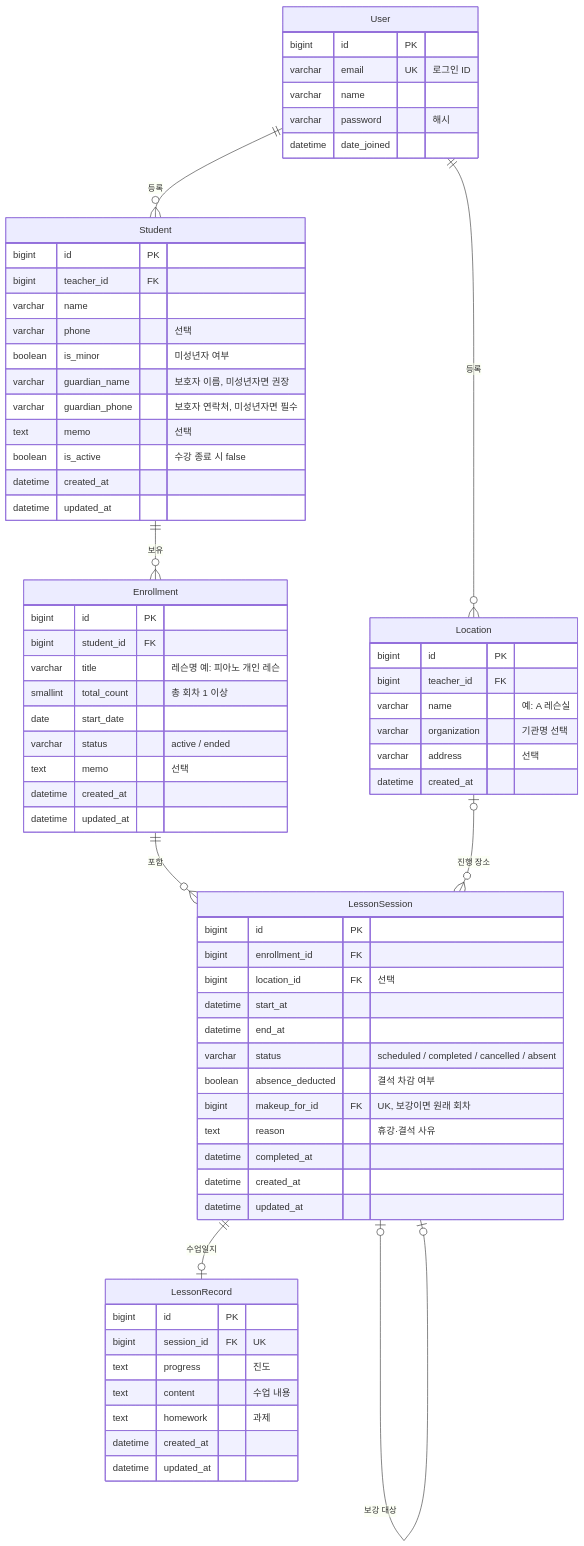
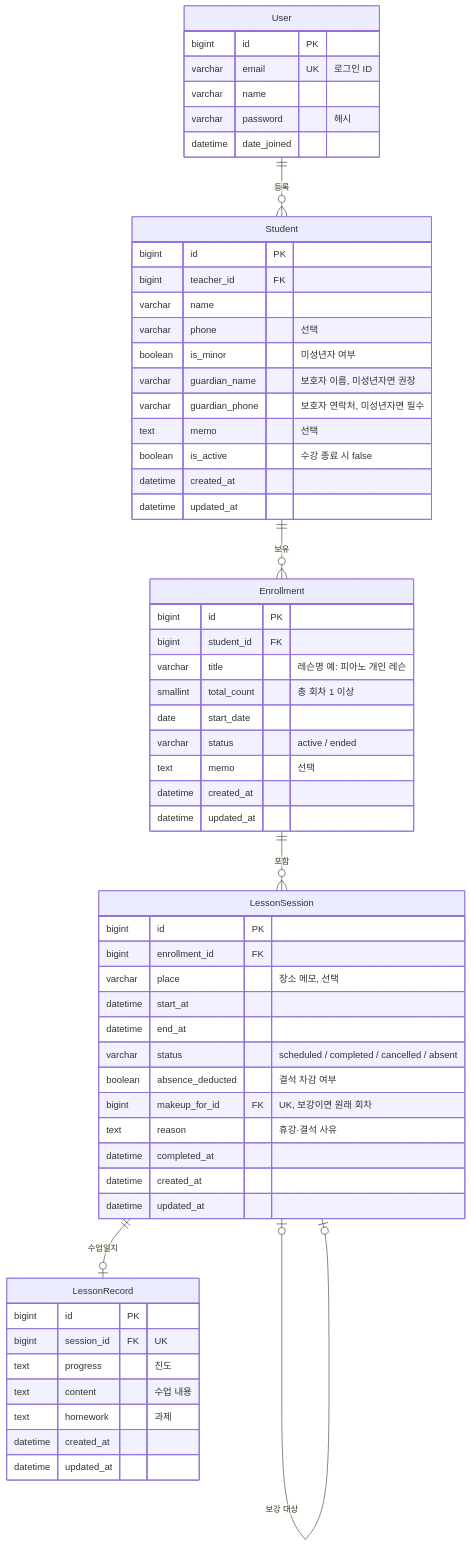
One commit to yeeun5364/lemit changed the diagram in docs/ERD.md. Above: the diagram before and after it, drawn with Mermaid. The commit also changed other lines of this file and 6 other files, not shown here.

````diff
--- a/docs/ERD.md
+++ b/docs/ERD.md
@@ -8,73 +8,63 @@
 ```mermaid
 erDiagram
     User ||--o{ Student : "등록"
-    User ||--o{ Location : "등록"
     Student ||--o{ Enrollment : "보유"
     Enrollment ||--o{ LessonSession : "포함"
-    Location |o--o{ LessonSession : "진행 장소"
     LessonSession |o--o| LessonSession : "보강 대상"
     LessonSession ||--o| LessonRecord : "수업일지"
 
     User {
         bigint id PK
         varchar email UK "로그인 ID"
         varchar name
         varchar password "해시"
         datetime date_joined
     }
     Student {
         bigint id PK
         bigint teacher_id FK
         varchar name
         varchar phone "선택"
         boolean is_minor "미성년자 여부"
         varchar guardian_name "보호자 이름, 미성년자면 권장"
         varchar guardian_phone "보호자 연락처, 미성년자면 필수"
         text memo "선택"
         boolean is_active "수강 종료 시 false"
         datetime created_at
         datetime updated_at
     }
     Enrollment {
         bigint id PK
         bigint student_id FK
         varchar title "레슨명 예: 피아노 개인 레슨"
         smallint total_count "총 회차 1 이상"
         date start_date
         varchar status "active / ended"
         text memo "선택"
         datetime created_at
         datetime updated_at
     }
     LessonSession {
         bigint id PK
         bigint enrollment_id FK
-        bigint location_id FK "선택"
+        varchar place "장소 메모, 선택"
         datetime start_at
         datetime end_at
         varchar status "scheduled / completed / cancelled / absent"
         boolean absence_deducted "결석 차감 여부"
         bigint makeup_for_id FK "UK, 보강이면 원래 회차"
         text reason "휴강·결석 사유"
         datetime completed_at
         datetime created_at
         datetime updated_at
-    }
-    Location {
-        bigint id PK
-        bigint teacher_id FK
-        varchar name "예: A 레슨실"
-        varchar organization "기관명 선택"
-        varchar address "선택"
-        datetime created_at
     }
     LessonRecord {
         bigint id PK
         bigint session_id FK "UK"
         text progress "진도"
         text content "수업 내용"
         text homework "과제"
         datetime created_at
         datetime updated_at
     }
 ```
````
